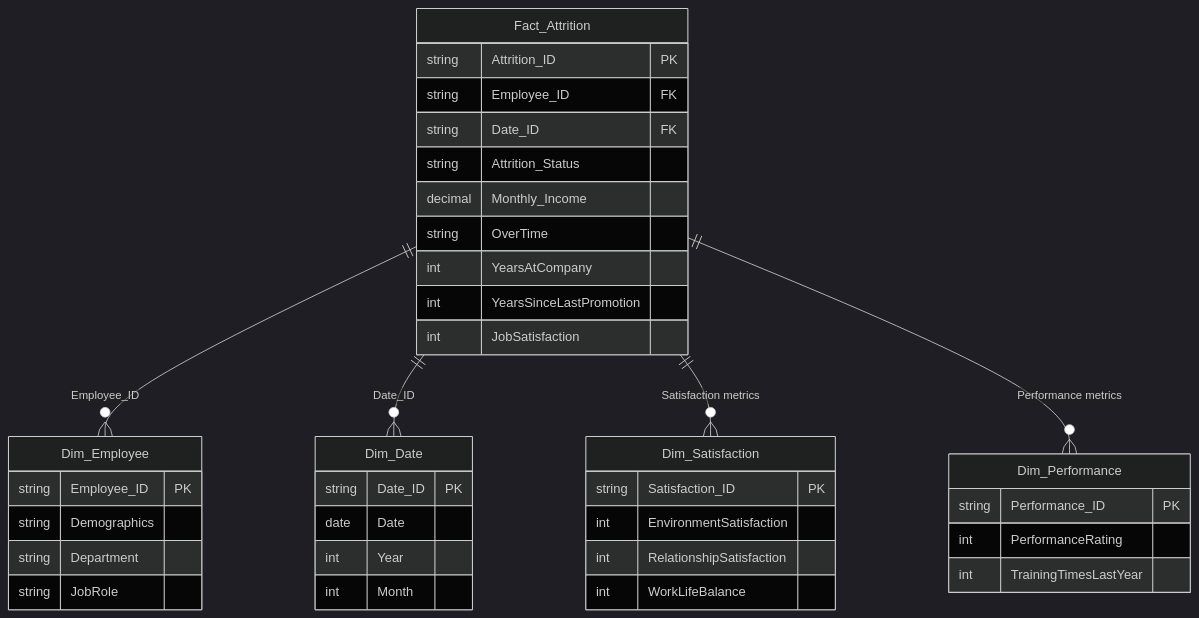
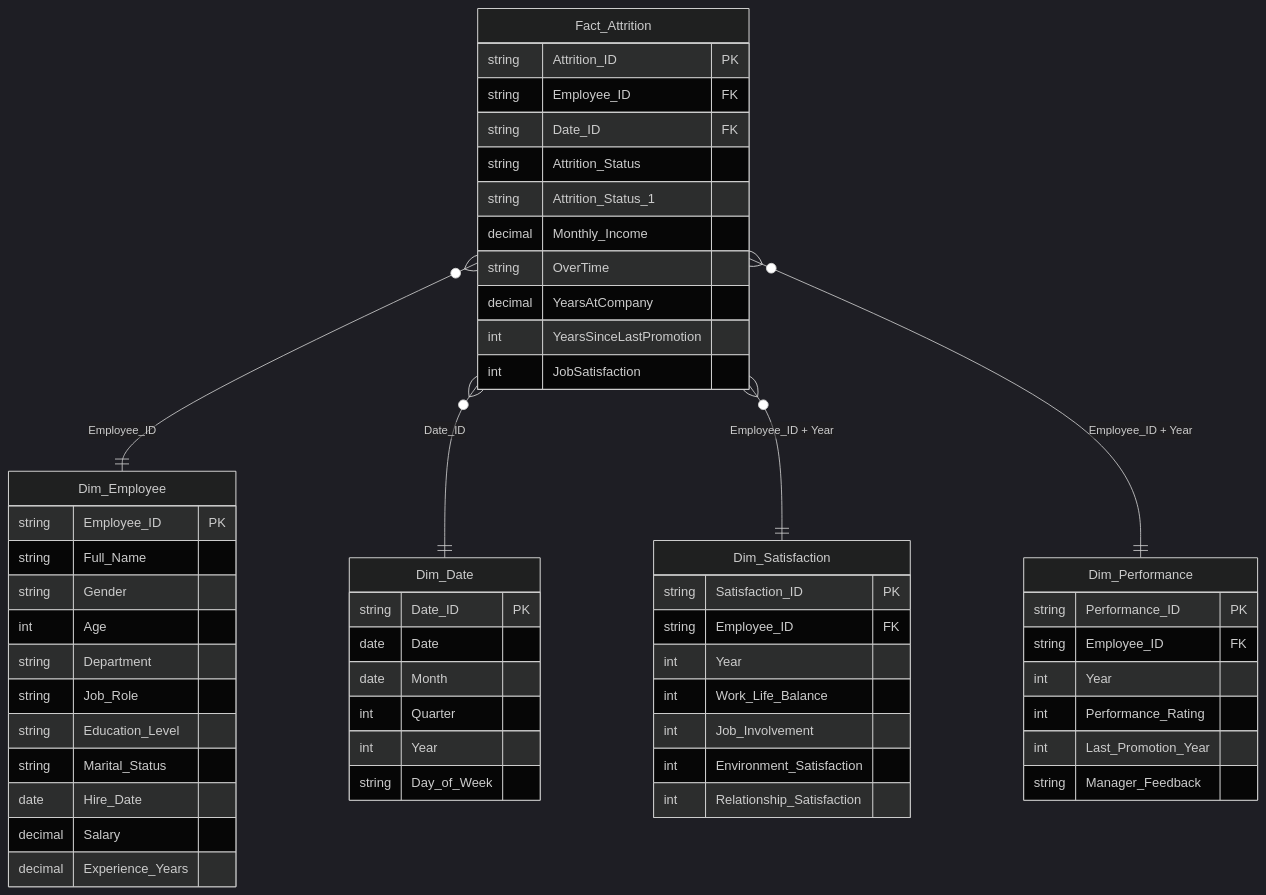
Before and after one commit to DhruvPanchal0312/HR-Attrition-Dashboard: the first of 3 diagrams in README.md, drawn with Mermaid (dark theme). The commit also changed other lines of this file and 1 other file, not shown here.

Commit message:
docs: add comprehensive trending README and update HR Attrition Dashboard

````diff
--- a/README.md
+++ b/README.md
@@ -17,46 +39,62 @@
 ```mermaid
 erDiagram
-    Fact_Attrition ||--o{ Dim_Employee : "Employee_ID"
-    Fact_Attrition ||--o{ Dim_Date : "Date_ID"
-    Fact_Attrition ||--o{ Dim_Satisfaction : "Satisfaction metrics"
-    Fact_Attrition ||--o{ Dim_Performance : "Performance metrics"
+    Fact_Attrition }o--|| Dim_Employee : "Employee_ID"
+    Fact_Attrition }o--|| Dim_Date : "Date_ID"
+    Fact_Attrition }o--|| Dim_Satisfaction : "Employee_ID + Year"
+    Fact_Attrition }o--|| Dim_Performance : "Employee_ID + Year"
 
     Fact_Attrition {
         string Attrition_ID PK
         string Employee_ID FK
         string Date_ID FK
         string Attrition_Status
+        string Attrition_Status_1
         decimal Monthly_Income
         string OverTime
-        int YearsAtCompany
+        decimal YearsAtCompany
         int YearsSinceLastPromotion
         int JobSatisfaction
     }
 
     Dim_Employee {
         string Employee_ID PK
-        string Demographics
+        string Full_Name
+        string Gender
+        int Age
         string Department
-        string JobRole
+        string Job_Role
+        string Education_Level
+        string Marital_Status
+        date Hire_Date
+        decimal Salary
+        decimal Experience_Years
     }
 
     Dim_Satisfaction {
         string Satisfaction_ID PK
-        int EnvironmentSatisfaction
-        int RelationshipSatisfaction
-        int WorkLifeBalance
+        string Employee_ID FK
+        int Year
+        int Work_Life_Balance
+        int Job_Involvement
+        int Environment_Satisfaction
+        int Relationship_Satisfaction
     }
 
     Dim_Performance {
         string Performance_ID PK
-        int PerformanceRating
-        int TrainingTimesLastYear
+        string Employee_ID FK
+        int Year
+        int Performance_Rating
+        int Last_Promotion_Year
+        string Manager_Feedback
     }
 
     Dim_Date {
         string Date_ID PK
         date Date
+        date Month
+        int Quarter
         int Year
-        int Month
+        string Day_of_Week
     }
 ```
````
